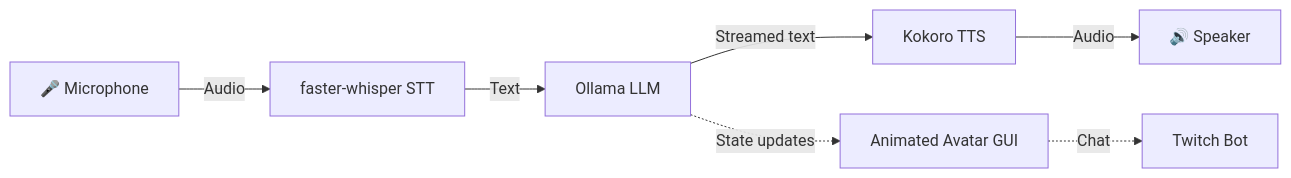
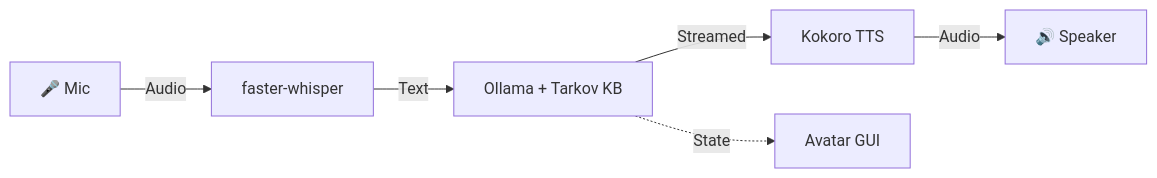
Before and after one commit to Bossiq/Tarkov_AI_Frriend: the diagram in README.md, drawn with Mermaid. The commit also changed other lines of this file and 4 other files, not shown here.

First line of the commit message:
v4.1: Tarkov quest knowledge base, single-avatar design, 3B model

````diff
--- a/README.md
+++ b/README.md
@@ -92,9 +65,8 @@
 ```mermaid
 graph LR
-    A[🎤 Microphone] -->|Audio| B[faster-whisper STT]
-    B -->|Text| C[Ollama LLM]
-    C -->|Streamed text| D[Kokoro TTS]
+    A[🎤 Mic] -->|Audio| B[faster-whisper]
+    B -->|Text| C[Ollama + Tarkov KB]
+    C -->|Streamed| D[Kokoro TTS]
     D -->|Audio| E[🔊 Speaker]
-    C -.->|State updates| F[Animated Avatar GUI]
-    F -.->|Chat| G[Twitch Bot]
+    C -.->|State| F[Avatar GUI]
 ```
````
